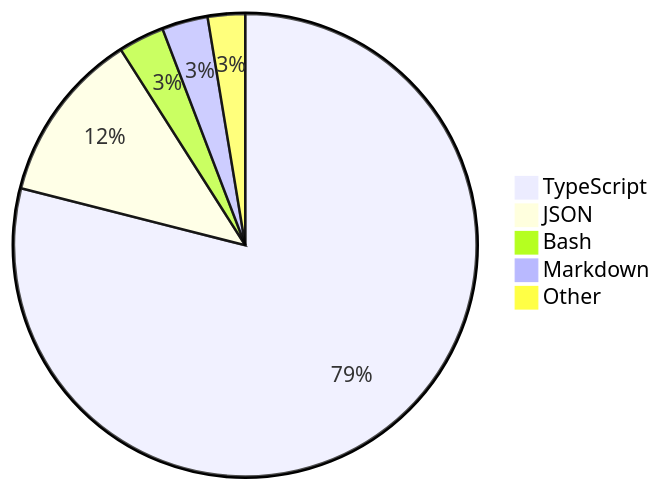
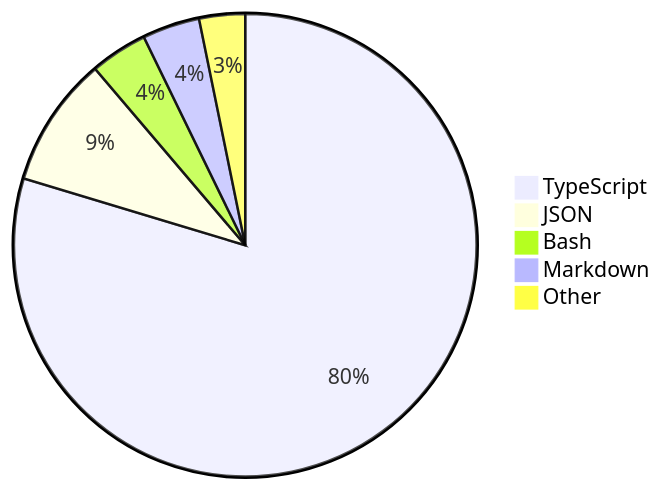
The diagram in README.md (skvggor/skvggor), drawn with Mermaid before and after one commit.

Commit message:
Updated waka-readme graph with new metrics

````diff
--- a/README.md
+++ b/README.md
@@ -28,8 +28,8 @@
 ```mermaid
 pie
-    "TypeScript" : 78.8
-    "JSON" : 12.0
-    "Bash" : 3.2
-    "Markdown" : 3.2
-    "Other" : 2.6
+    "TypeScript" : 79.5
+    "JSON" : 9.1
+    "Bash" : 4.0
+    "Markdown" : 4.0
+    "Other" : 3.2
 ```
````
